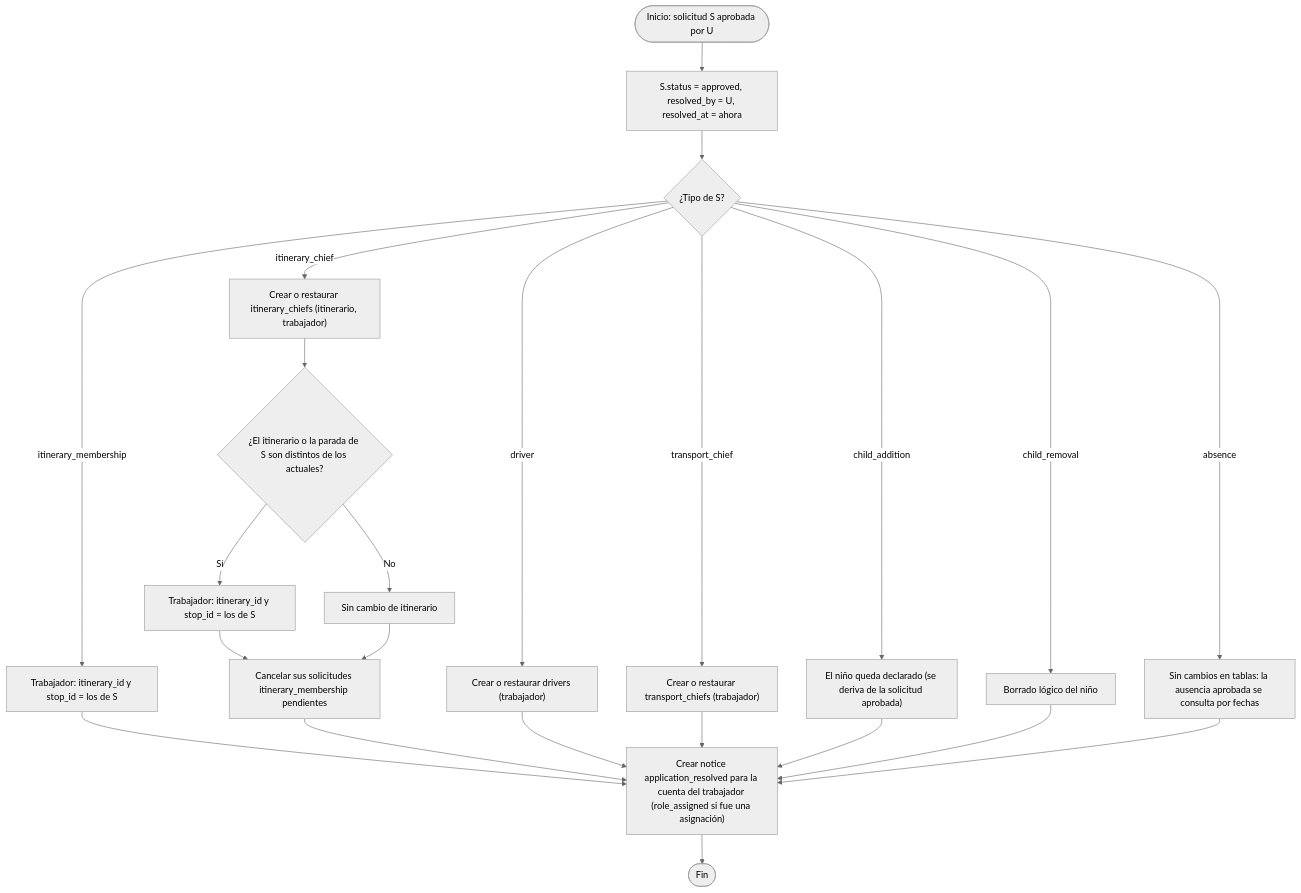
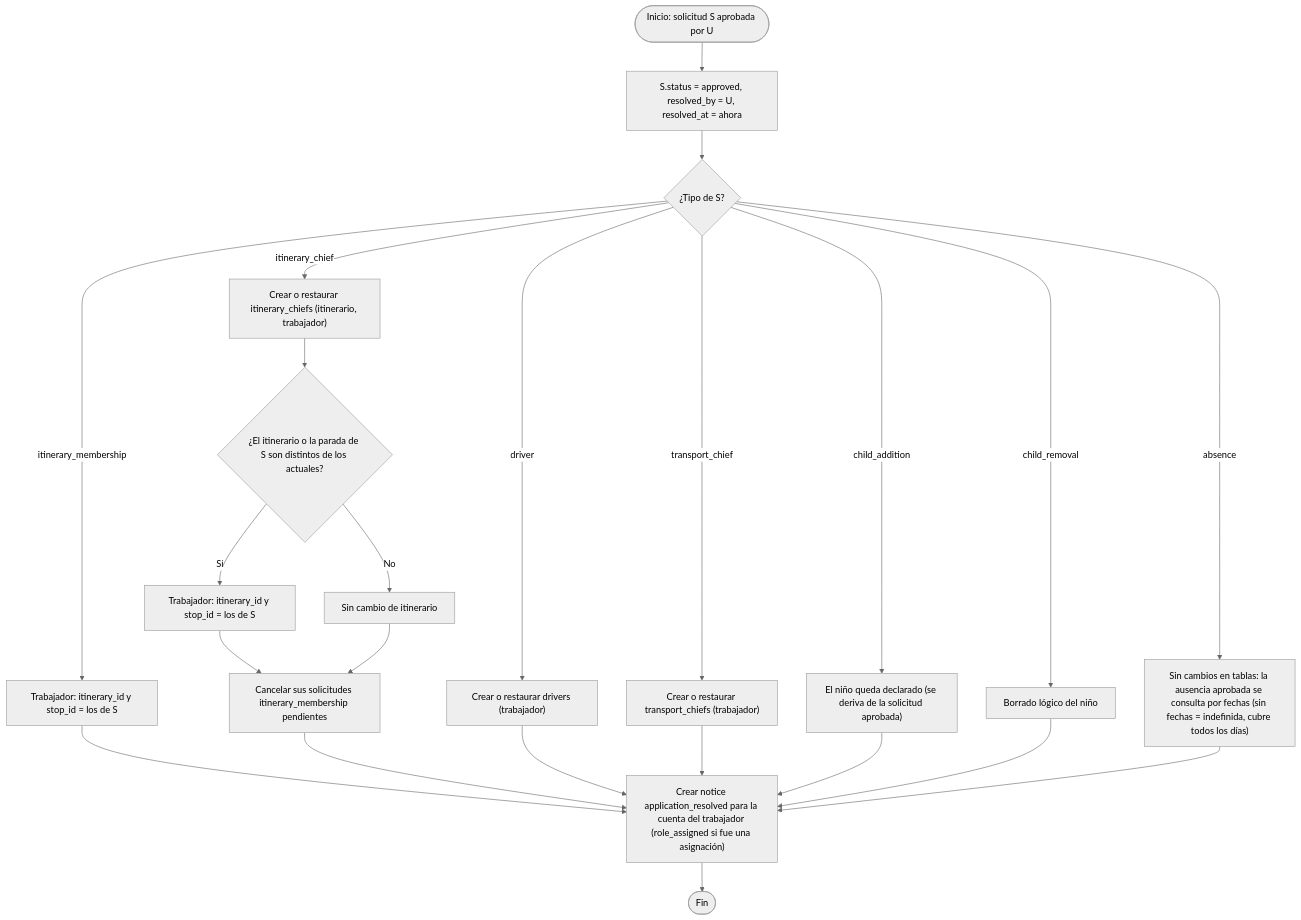
Before and after one commit to maicolalmaralestamayo/MiRuta: the seventh of 36 diagrams in docs/07-algoritmos.md, drawn with Mermaid (neutral theme). The commit also changed other lines of this file and 4 other files, not shown here.

````diff
--- a/docs/07-algoritmos.md
+++ b/docs/07-algoritmos.md
@@ -188,25 +196,25 @@
 ```mermaid
 flowchart TD
     A(["Inicio: solicitud S aprobada por U"]) --> B["S.status = approved, resolved_by = U, resolved_at = ahora"]
     B --> C{"¿Tipo de S?"}
     C -->|itinerary_membership| D["Trabajador: itinerary_id y stop_id = los de S"]
     C -->|itinerary_chief| E["Crear o restaurar itinerary_chiefs (itinerario, trabajador)"]
     E --> E2{"¿El itinerario o la parada de S son distintos de los actuales?"}
     E2 -->|Sí| E3["Trabajador: itinerary_id y stop_id = los de S"]
     E2 -->|No| E4["Sin cambio de itinerario"]
     E3 --> E5["Cancelar sus solicitudes itinerary_membership pendientes"]
     E4 --> E5
     C -->|driver| F["Crear o restaurar drivers (trabajador)"]
     C -->|transport_chief| G["Crear o restaurar transport_chiefs (trabajador)"]
     C -->|child_addition| I["El niño queda declarado (se deriva de la solicitud aprobada)"]
     C -->|child_removal| J["Borrado lógico del niño"]
-    C -->|absence| K["Sin cambios en tablas: la ausencia aprobada se consulta por fechas"]
+    C -->|absence| K["Sin cambios en tablas: la ausencia aprobada se consulta por fechas (sin fechas = indefinida, cubre todos los días)"]
     D --> N["Crear notice application_resolved para la cuenta del trabajador (role_assigned si fue una asignación)"]
     E5 --> N
     F --> N
     G --> N
     I --> N
     J --> N
     K --> N
     N --> Z(["Fin"])
 ```
````
